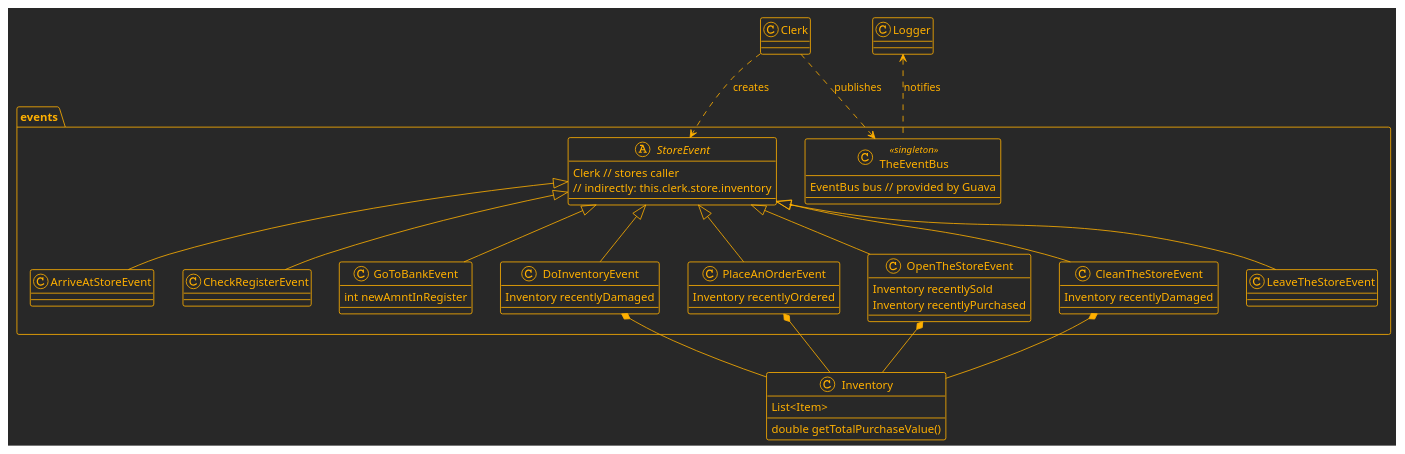
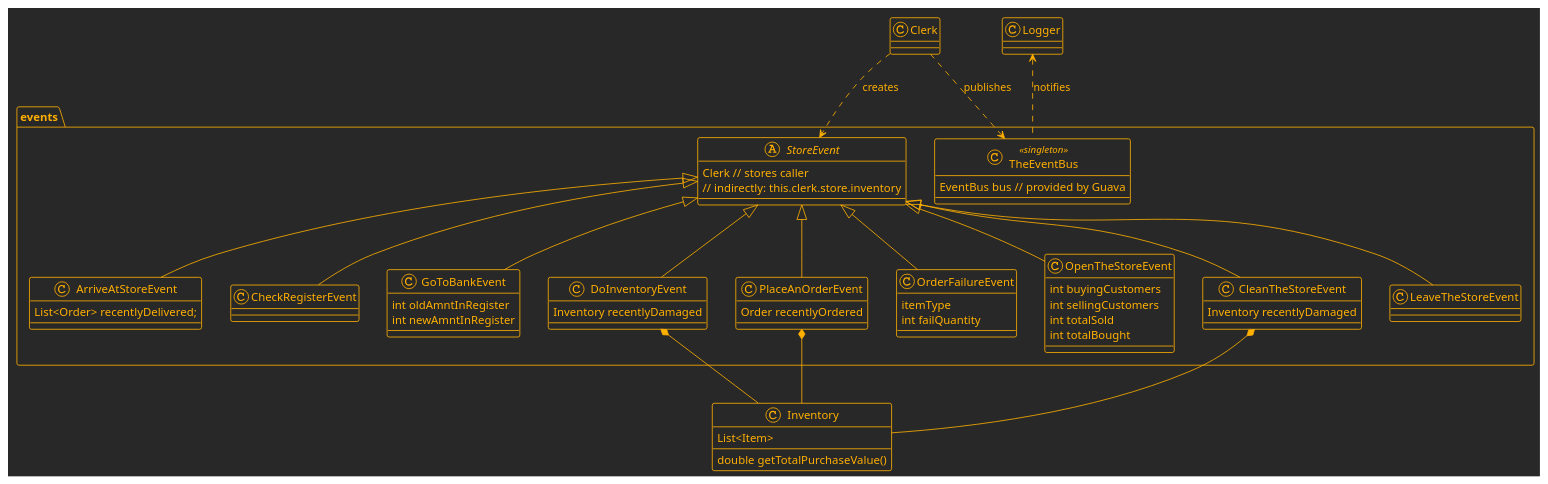
The diagram in src/main/java/ooad/project3/assets/eventsUML.puml (simondoesstuff/ooad-2025), drawn with PlantUML before and after one commit. The commit also changed 41 other files, not shown here.

```diff
--- a/src/main/java/ooad/project3/assets/eventsUML.puml
+++ b/src/main/java/ooad/project3/assets/eventsUML.puml
@@ -1,87 +1,96 @@
 @startuml
 
 !theme crt-amber
 
 <style>
 header {
   HorizontalAlignment left
 }
 </style>
 
 class Clerk {}
 
 class Inventory {
   List<Item>
   double getTotalPurchaseValue()
 }
 
 package "events" {
   class TheEventBus <<singleton>> {
     EventBus bus // provided by Guava
   }
 
   abstract class StoreEvent {
     Clerk // stores caller
     // indirectly: this.clerk.store.inventory
   }
 
   'Publish which clerk has arrived at the store.
   'Publish number of items added to inventory (if any).
   class ArriveAtStoreEvent extends StoreEvent {
+    List<Order> recentlyDelivered;
   }
 
   'Publish the amount of money in the register.
   class CheckRegisterEvent extends StoreEvent {
   }
 
   'Publish the amount of money in the register.
   class GoToBankEvent extends StoreEvent {
+    int oldAmntInRegister
     int newAmntInRegister
   }
 
   'Publish the total number of items.
   'DoInventory: Publish the total purchase price value of inventory items.
   class DoInventoryEvent extends StoreEvent {
     Inventory recentlyDamaged
   }
 
   'Publish the total number of items ordered.
   class PlaceAnOrderEvent extends StoreEvent {
-    Inventory recentlyOrdered
+    Order recentlyOrdered
+  }
+
+  'Orders can fail if the register is out of cash.
+  class OrderFailureEvent extends StoreEvent {
+    itemType
+    int failQuantity
   }
 
   'Publish the total number of items sold.
   class OpenTheStoreEvent extends StoreEvent {
-    Inventory recentlySold
-    Inventory recentlyPurchased
+    int buyingCustomers
+    int sellingCustomers
+    int totalSold
+    int totalBought
   }
 
   'Publish the total number of items damaged in cleaning.
   class CleanTheStoreEvent extends StoreEvent {
     Inventory recentlyDamaged
   }
 
   'Publish which clerk has left the store
   class LeaveTheStoreEvent extends StoreEvent {
   }
 
   ' --- Relationships within Package ---
   Clerk ..> TheEventBus : publishes
   DoInventoryEvent *-- Inventory
   PlaceAnOrderEvent *-- Inventory
-  OpenTheStoreEvent *-- Inventory
   CleanTheStoreEvent *-- Inventory
 
 }
 
 '================================================================
 ' Top-Level Simulation Components
 '================================================================
 class Logger {
 }
 
 ' --- Top-Level Relationships ---
 Logger <.. TheEventBus : notifies
 Clerk ..> StoreEvent : creates
 
 @enduml
```
